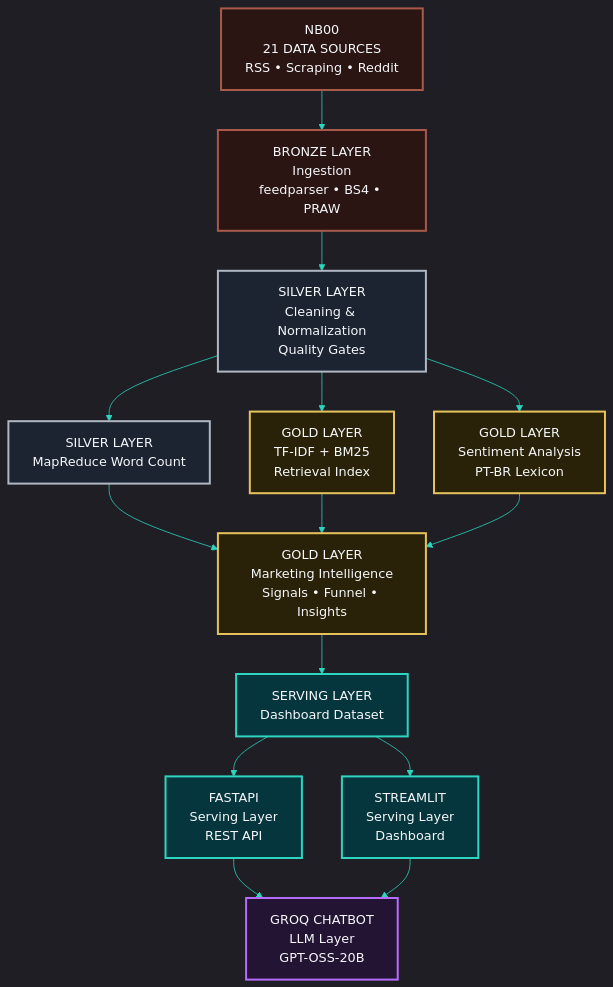
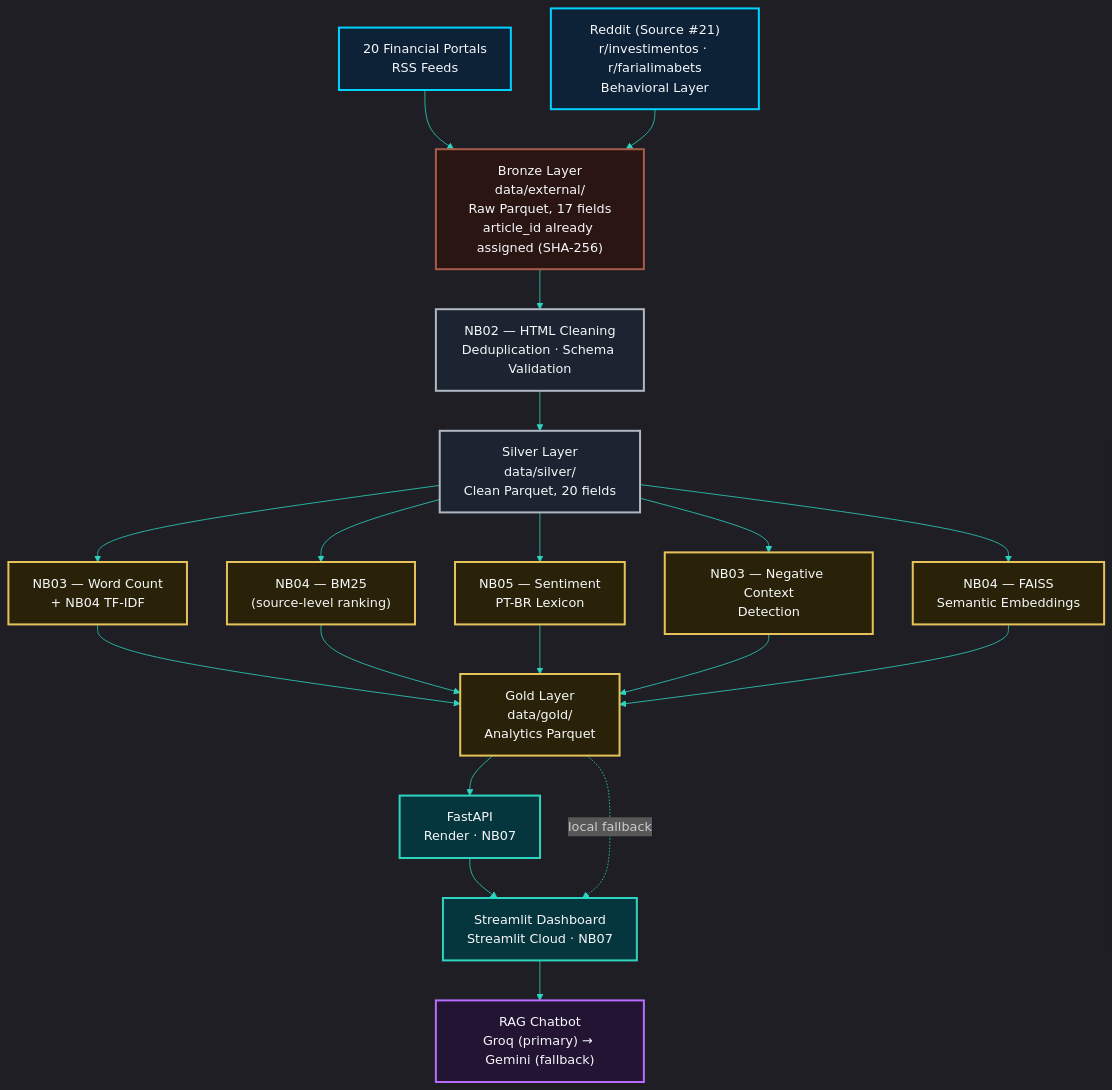
The second of 2 diagrams in README.md (Quantum-Software-Development/fii-investor-intelligence-platform), drawn with Mermaid before and after one commit. The commit also changed other lines of this file, not shown here.

````diff
--- a/README.md
+++ b/README.md
@@ -483,56 +481,46 @@
 ```mermaid
 %%{init:{
 'theme':'dark',
 'themeVariables':{
 'background':'#090d13',
 'primaryTextColor':'#F5F7FA',
 'lineColor':'#2dd4bf'
 }}}%%
 
 graph TD
 
-NB00["NB00<br/>21 DATA SOURCES<br/>RSS • Scraping • Reddit"]:::bronze
+A1["20 Financial Portals<br/>RSS Feeds"]:::setup
+A2["Reddit (Source #21)<br/>r/investimentos · r/farialimabets<br/>Behavioral Layer"]:::setup
 
-NB01["BRONZE LAYER<br/>Ingestion<br/>feedparser • BS4 • PRAW"]:::bronze
+BZ["Bronze Layer<br/>data/external/<br/>Raw Parquet, 17 fields<br/>article_id already assigned (SHA-256)"]:::bronze
 
-NB02["SILVER LAYER<br/>Cleaning & Normalization<br/>Quality Gates"]:::silver
+S1["NB02 — HTML Cleaning<br/>Deduplication · Schema Validation"]:::silver
+SV["Silver Layer<br/>data/silver/<br/>Clean Parquet, 20 fields"]:::silver
 
-NB03["SILVER LAYER<br/>MapReduce Word Count"]:::silver
+N1["NB03 — Word Count<br/>+ NB04 TF-IDF"]:::gold
+N2["NB04 — BM25<br/>(source-level ranking)"]:::gold
+N3["NB05 — Sentiment<br/>PT-BR Lexicon"]:::gold
+N4["NB03 — Negative Context<br/>Detection"]:::gold
+T1["NB04 — FAISS<br/>Semantic Embeddings"]:::gold
 
-NB04["GOLD LAYER<br/>TF-IDF + BM25<br/>Retrieval Index"]:::gold
+GL["Gold Layer<br/>data/gold/<br/>Analytics Parquet"]:::gold
 
-NB05["GOLD LAYER<br/>Sentiment Analysis<br/>PT-BR Lexicon"]:::gold
+API["FastAPI<br/>Render · NB07"]:::dash
+DASH["Streamlit Dashboard<br/>Streamlit Cloud · NB07"]:::dash
+BOT["RAG Chatbot<br/>Groq (primary) → Gemini (fallback)"]:::llm
 
-NB06["GOLD LAYER<br/>Marketing Intelligence<br/>Signals • Funnel • Insights"]:::gold
+A1 --> BZ
+A2 --> BZ
+BZ --> S1 --> SV
+SV --> N1 & N2 & N3 & N4 & T1
+N1 & N2 & N3 & N4 & T1 --> GL
+GL --> API --> DASH --> BOT
+GL -.->|local fallback| DASH
 
-NB07["SERVING LAYER<br/>Dashboard Dataset"]:::dash
-
-API["FASTAPI<br/>Serving Layer<br/>REST API"]:::dash
-
-ST["STREAMLIT<br/>Serving Layer<br/>Dashboard"]:::dash
-
-BOT["GROQ CHATBOT<br/>LLM Layer<br/>GPT-OSS-20B"]:::llm
-
-NB00 --> NB01 --> NB02
-
-NB02 --> NB03
-NB02 --> NB04
-NB02 --> NB05
-
-NB03 --> NB06
-NB04 --> NB06
-NB05 --> NB06
-
-NB06 --> NB07
-NB07 --> API
-NB07 --> ST
-
-API --> BOT
-ST --> BOT
-
+classDef setup fill:#0d2137,stroke:#00d2ff,color:#F5F7FA,stroke-width:2.5px;
 classDef bronze fill:#2a1512,stroke:#a85a4a,color:#F5F7FA,stroke-width:2.5px;
 classDef silver fill:#1b2430,stroke:#b0b7c3,color:#F5F7FA,stroke-width:2.5px;
 classDef gold fill:#2a2208,stroke:#e6c35a,color:#F5F7FA,stroke-width:2.5px;
 classDef dash fill:#06363d,stroke:#2dd4bf,color:#F5F7FA,stroke-width:2.5px;
 classDef llm fill:#231433,stroke:#b56cff,color:#F5F7FA,stroke-width:2.5px;
 ```
````
